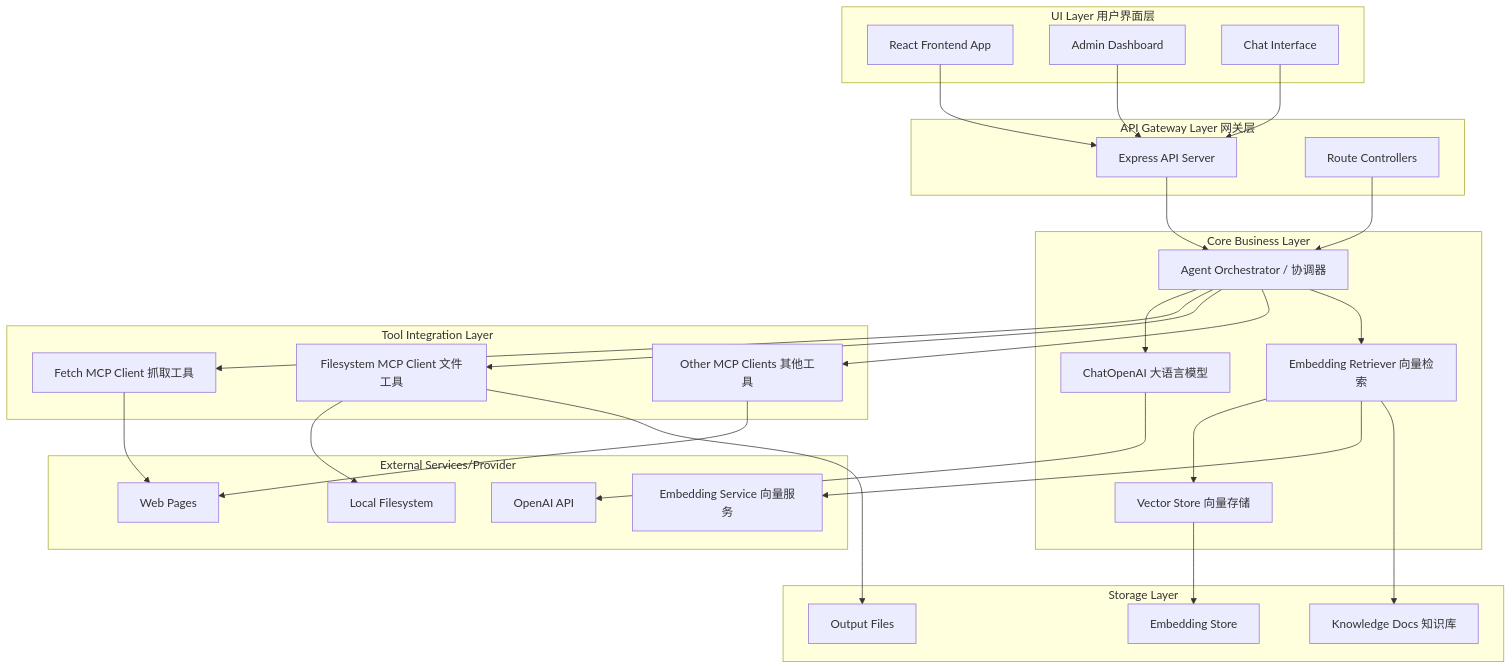
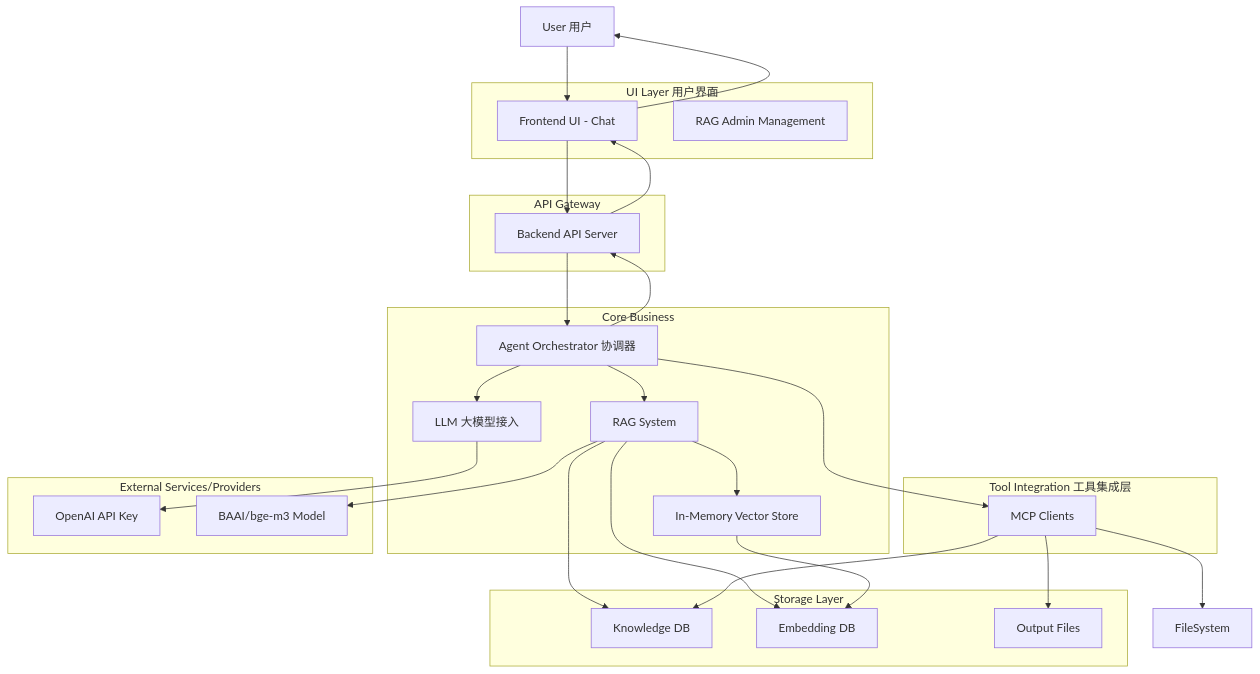
The first of 6 diagrams in README.md (NEDONION/llm-mcp-rag-typescript), drawn with Mermaid before and after one commit. The commit also changed other lines of this file, not shown here.

Commit message:
doc: updated system graph

````diff
--- a/README.md
+++ b/README.md
@@ -24,60 +24,68 @@
 ```mermaid
 graph TB
-    subgraph "UI Layer 用户界面层"
-        UI[React Frontend App ]
-        Admin[Admin Dashboard]
-        Chat[Chat Interface]
-    end
+%% ==== User ====
+  User[User 用户]
 
-    subgraph "API Gateway Layer 网关层"
-        API[Express API Server]
-        Routes[Route Controllers]
-    end
+%% ==== UI ====
+  subgraph "UI Layer 用户界面"
+    UIGroup[Frontend UI - Chat]
+    UIAdmin[RAG Admin Management]
+  end
 
-    subgraph "Core Business Layer"
-        Agent[Agent Orchestrator / 协调器]
-        LLM[ChatOpenAI 大语言模型]
-        RAG[Embedding Retriever 向量检索]
-        VectorStore[Vector Store 向量存储]
-    end
+%% ==== API ====
+  subgraph "API Gateway"
+    API[Backend API Server]
+  end
 
-    subgraph "Tool Integration Layer"
-        MCP1[Fetch MCP Client 抓取工具]
-        MCP2[Filesystem MCP Client 文件工具]
-        MCP3[Other MCP Clients 其他工具]
-    end
+%% ==== Core ====
+  subgraph "Core Business"
+    Agent[Agent Orchestrator 协调器]
+    LLM[LLM 大模型接入]
+    RAG[RAG System]
+    VectorStore[In-Memory Vector Store]
+  end
 
-    subgraph "External Services/Provider"
-        OpenAI[OpenAI API]
-        EmbeddingAPI[Embedding Service 向量服务]
-        Web[Web Pages]
-        FileSystem[Local Filesystem]
-    end
+%% ==== Tool ====
+  subgraph "Tool Integration 工具集成层"
+    MCP[MCP Clients]
+  end
 
-    subgraph "Storage Layer"
-        Knowledge[Knowledge Docs 知识库]
-        Output[Output Files]
-        Embedding[Embedding Store]
-    end
+%% ==== Storage ====
+  subgraph "Storage Layer"
+    Knowledge[Knowledge DB]
+    Embedding[Embedding DB]
+    Output[Output Files]
+  end
 
-%% Connections
-    UI --> API
-    Admin --> API
-    Chat --> API
-    API --> Agent
-    Routes --> Agent
-    Agent --> LLM
-    Agent --> MCP1
-    Agent --> MCP2
-    Agent --> MCP3
-    Agent --> RAG
-    RAG --> VectorStore
-    RAG --> EmbeddingAPI
-    MCP1 --> Web
-    MCP2 --> FileSystem
-    MCP3 --> Web
-    LLM --> OpenAI
-    RAG --> Knowledge
-    VectorStore --> Embedding
-    MCP2 --> Output
+%% ==== External Only ====
+  subgraph "External Services/Providers"
+    OpenAI[OpenAI API Key]
+    BGE[BAAI/bge-m3 Model]
+  end
+
+%% ==== Request Flow ====
+  User --> UIGroup
+  UIGroup --> API
+  API --> Agent
+  Agent --> LLM
+  Agent --> RAG
+  Agent --> MCP
+  Agent --> API
+  API --> UIGroup
+  UIGroup --> User
+
+%% ==== RAG Flow ====
+  RAG --> VectorStore
+  RAG --> Embedding
+  RAG --> Knowledge
+  VectorStore --> Embedding
+
+%% ==== MCP ====
+  MCP --> Knowledge
+  MCP --> Output
+  MCP --> FileSystem
+
+%% ==== External Calls ====
+  LLM --> OpenAI
+  RAG --> BGE
 ```
````
